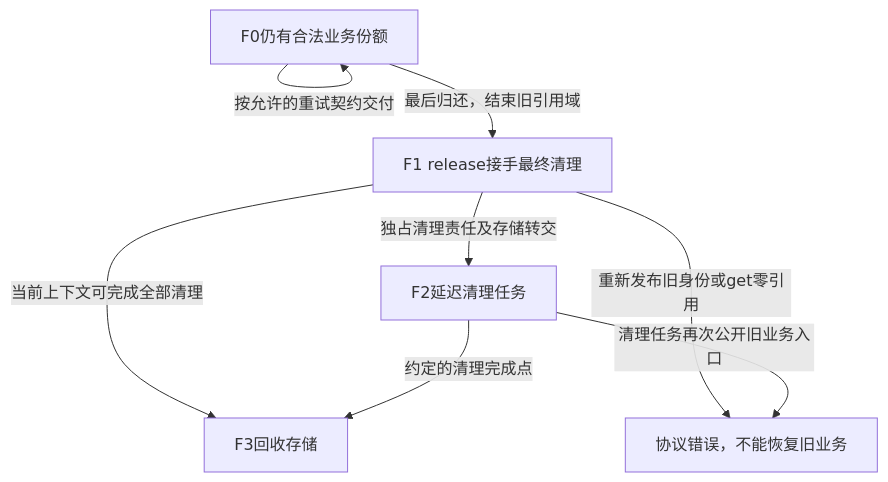
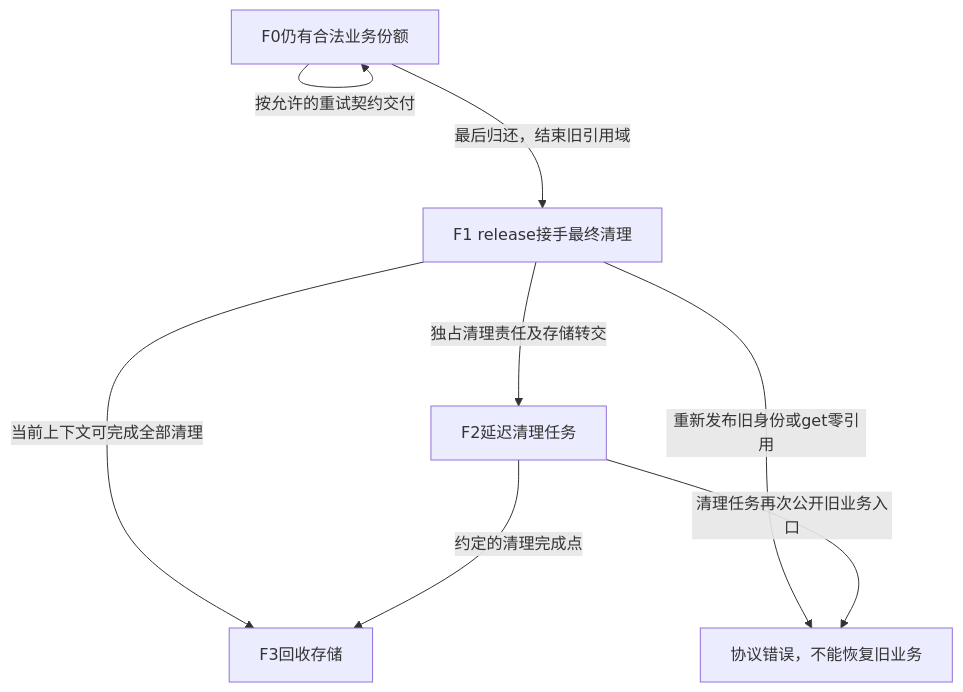
Before and after one commit to FormingSystem/linux_note: the seventh of 15 diagrams in knowledge/linux/object_lifetime/kref/P12_典型错误模式与调试线索.md, drawn with Mermaid. The commit also changed other lines of this file and 3 other files, not shown here.

````diff
--- a/knowledge/linux/object_lifetime/kref/P12_典型错误模式与调试线索.md
+++ b/knowledge/linux/object_lifetime/kref/P12_典型错误模式与调试线索.md
@@ -725,10 +737,11 @@
 ```mermaid
+%%{init: {"flowchart": {"nodeSpacing": 100, "rankSpacing": 120}}}%%
 flowchart TD
     A[F0仍有合法业务份额] -->|按允许的重试契约交付| A
     A -->|最后归还，结束旧引用域| B[F1 release接手最终清理]
     B -->|当前上下文可完成全部清理| D[F3回收存储]
     B -->|独占清理责任及存储转交| C[F2延迟清理任务]
     C -->|约定的清理完成点| D
     B -->|重新发布旧身份或get零引用| X[协议错误，不能恢复旧业务]
     C -->|清理任务再次公开旧业务入口| X
 ```
````
